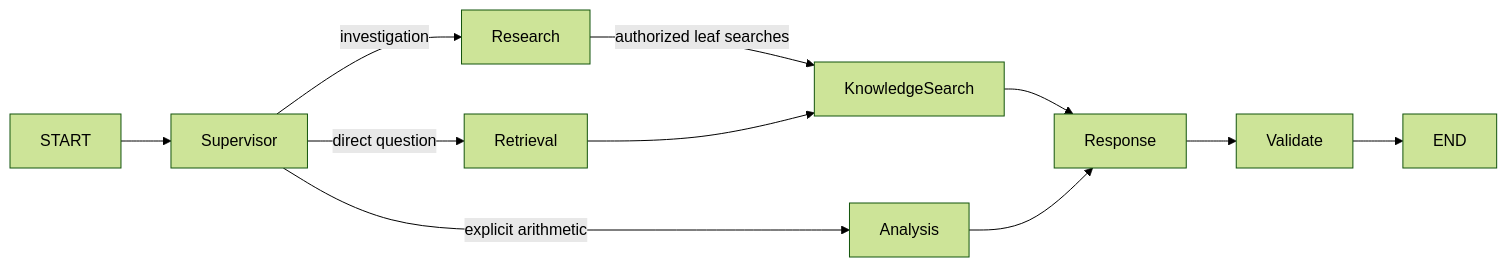
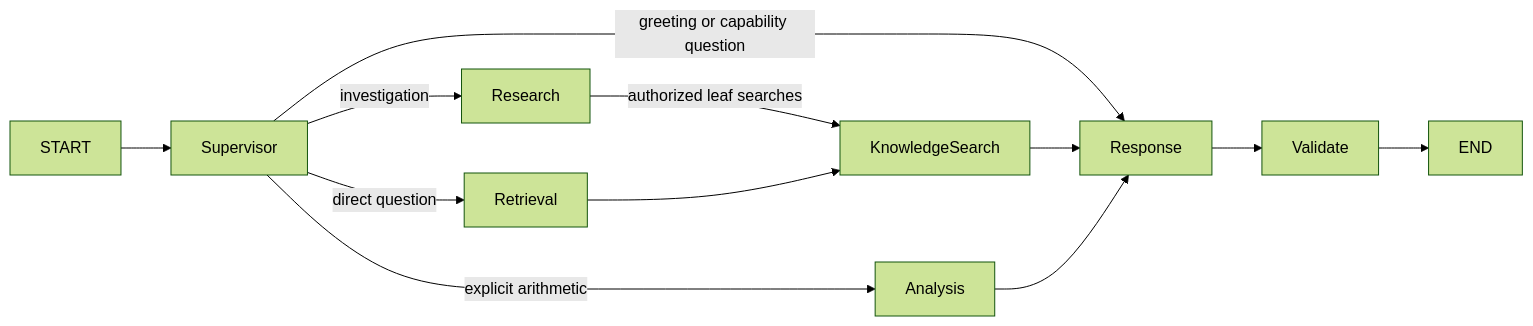
The diagram in docs/agent-design.md (Thavarshan/enterprise-knowledge-assistant), drawn with Mermaid (forest theme) before and after one commit. The commit also changed other lines of this file and 10 other files, not shown here.

````diff
--- a/docs/agent-design.md
+++ b/docs/agent-design.md
@@ -11,13 +11,14 @@
 ```mermaid
 flowchart LR
   START --> Supervisor
+  Supervisor -->|greeting or capability question| Response
   Supervisor -->|direct question| Retrieval
   Supervisor -->|investigation| Research
   Supervisor -->|explicit arithmetic| Analysis
   Research -->|authorized leaf searches| KnowledgeSearch
   Retrieval --> KnowledgeSearch
   KnowledgeSearch --> Response
   Analysis --> Response
   Response --> Validate
   Validate --> END
 ```
````
